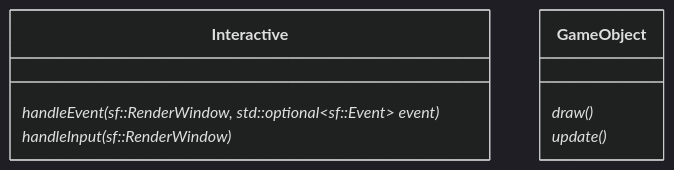
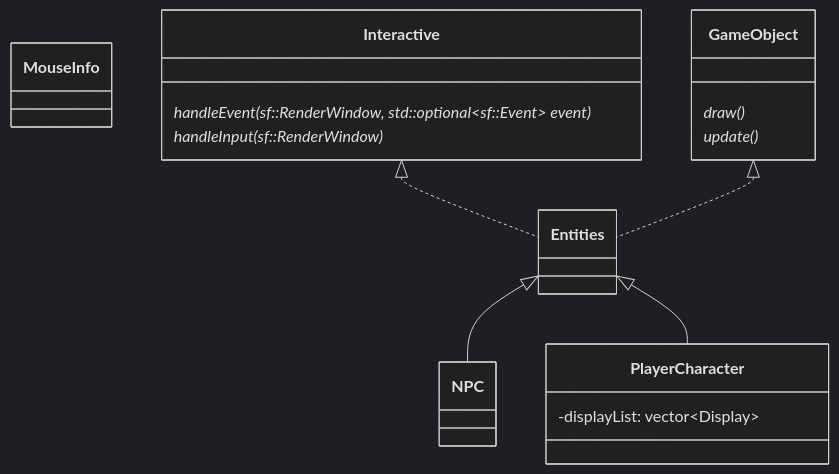
The second of 2 diagrams in docs/architecture.md (Bix2llets/CS202-Game-Programming-Project), drawn with Mermaid (dark theme) before and after one commit.

Commit message:
feat: Add more specification to the entities section of the architect

````diff
--- a/docs/architecture.md
+++ b/docs/architecture.md
@@ -47,13 +47,26 @@
 ```mermaid
 classDiagram
+class MouseInfo {
+    
+}
 class Interactive {
     handleEvent(sf::RenderWindow, std::optional~sf::Event~ event)*
     handleInput(sf::RenderWindow)*
 }
 
 class GameObject {
     draw()*
     update()*
+}
 
+
+Interactive <|.. Entities  
+GameObject  <|.. Entities  
+Entities <|-- NPC
+Entities <|-- PlayerCharacter
+
+class PlayerCharacter {
+    -displayList: vector~Display~
 }
+
 ```
````
